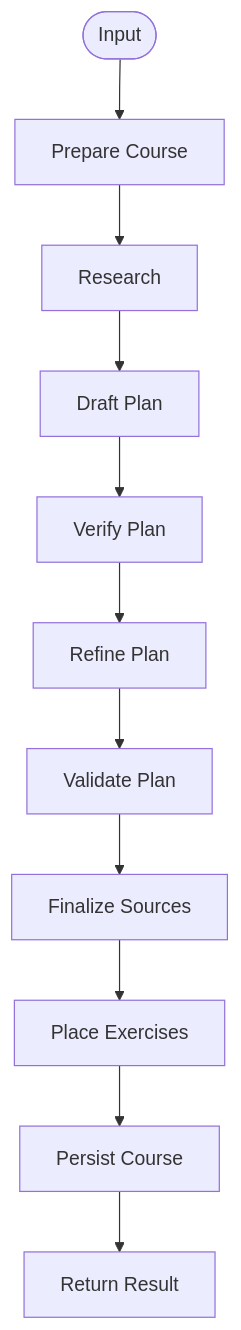
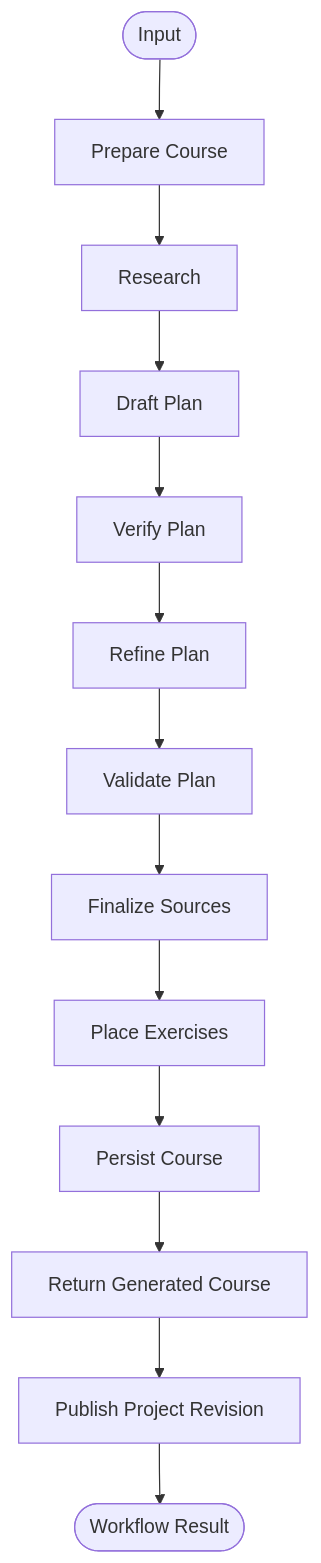
The diagram in .cubic/wiki/03-section-features/01-p-course-gen.md (immagiov4/Nous), drawn with Mermaid before and after one commit. The commit also changed other lines of this file, not shown here.

Commit message:
Restore course revision publication docs

````diff
--- a/.cubic/wiki/03-section-features/01-p-course-gen.md
+++ b/.cubic/wiki/03-section-features/01-p-course-gen.md
@@ -29,13 +29,15 @@
 ```mermaid
 flowchart TD
     Start([Input]) --> Prepare[Prepare Course]
     Prepare --> Research[Research]
     Research --> Draft[Draft Plan]
     Draft --> Verify[Verify Plan]
     Verify --> Refine[Refine Plan]
     Refine --> Validate[Validate Plan]
     Validate --> SourceFin[Finalize Sources]
     SourceFin --> Exercises[Place Exercises]
     Exercises --> Persist[Persist Course]
-    Persist --> Result[Return Result]
+    Persist --> Result[Return Generated Course]
+    Result --> Publish[Publish Project Revision]
+    Publish --> Done([Workflow Result])
 ```
````
